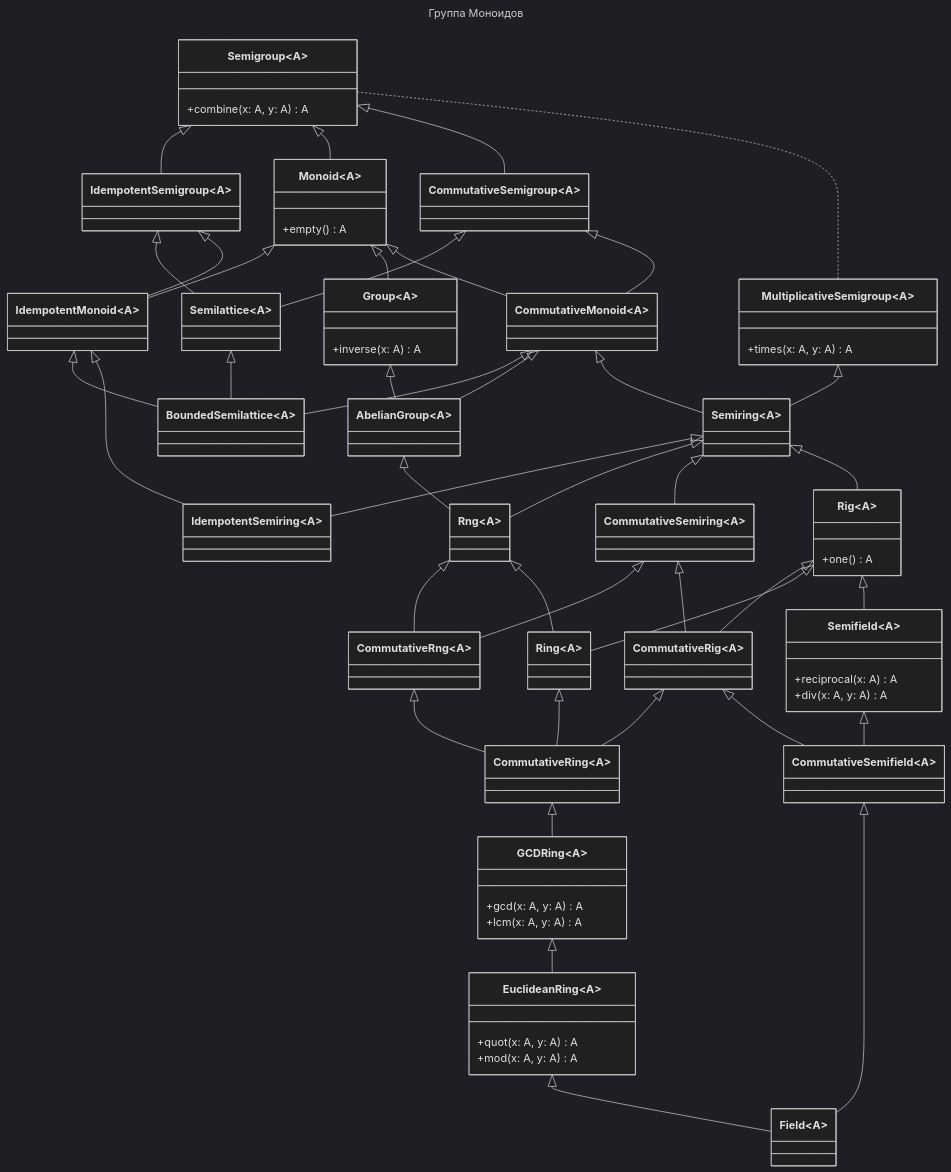
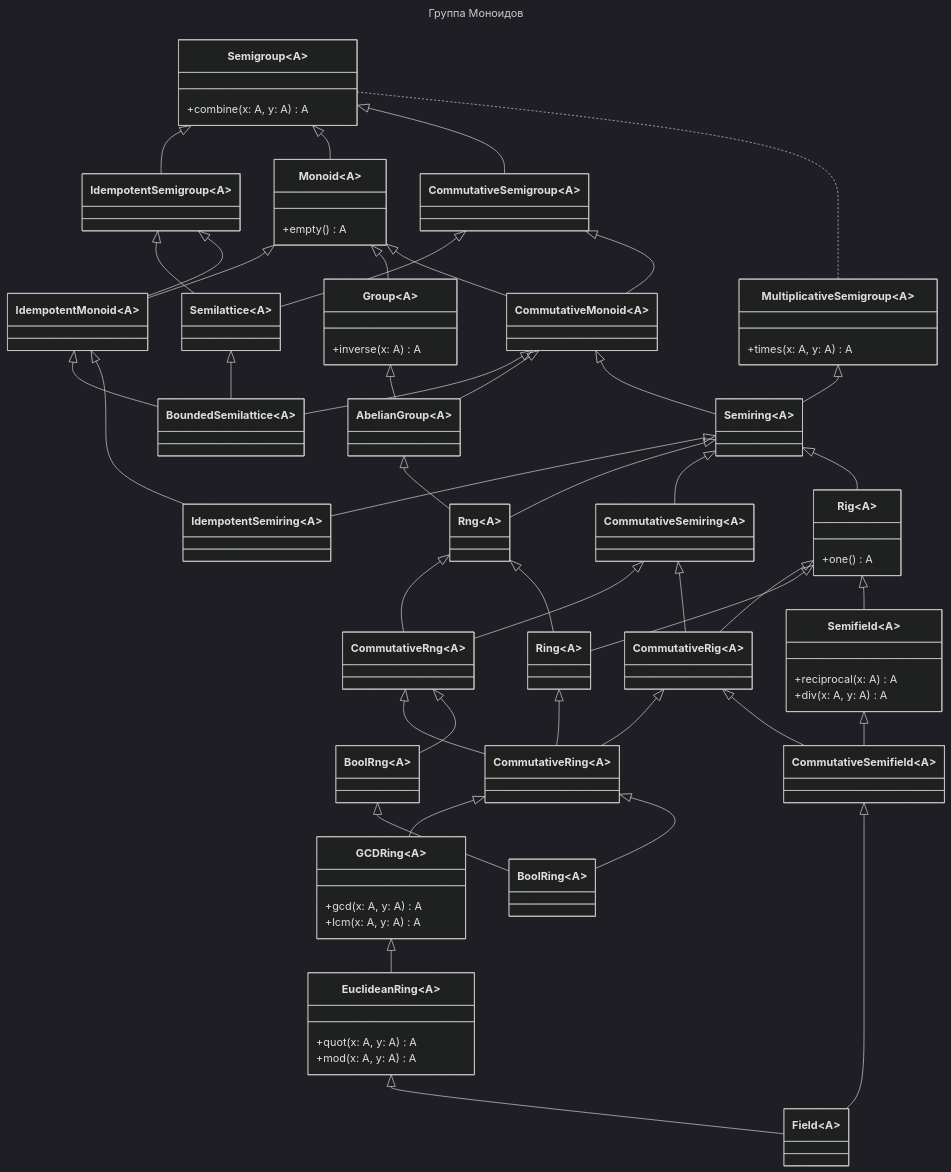
The diagram in docs/typeclass/monoid.md (artemkorsakov/scalabook), drawn with Mermaid (dark theme) before and after one commit. The commit also changed 5 other files, not shown here.

````diff
--- a/docs/typeclass/monoid.md
+++ b/docs/typeclass/monoid.md
@@ -182,4 +182,10 @@
     class Field~A~
     EuclideanRing <|-- Field
     CommutativeSemifield <|-- Field
+
+    class BoolRng~A~
+    CommutativeRng <|-- BoolRng
+    class BoolRing~A~
+    BoolRng <|-- BoolRing
+    CommutativeRing <|-- BoolRing
 ```
````
